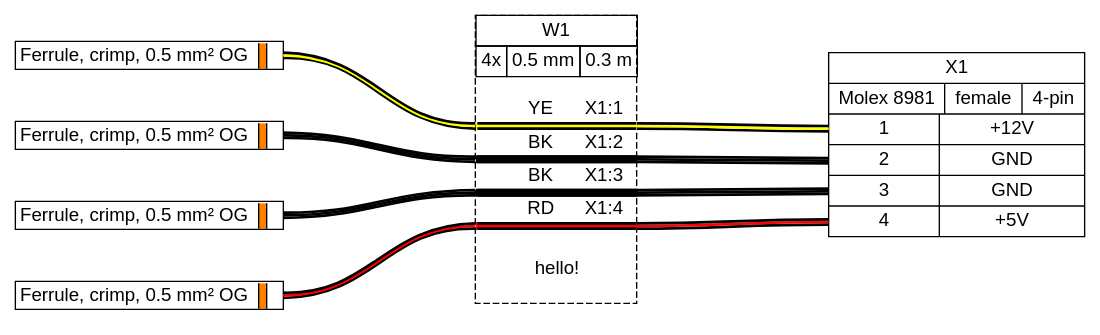
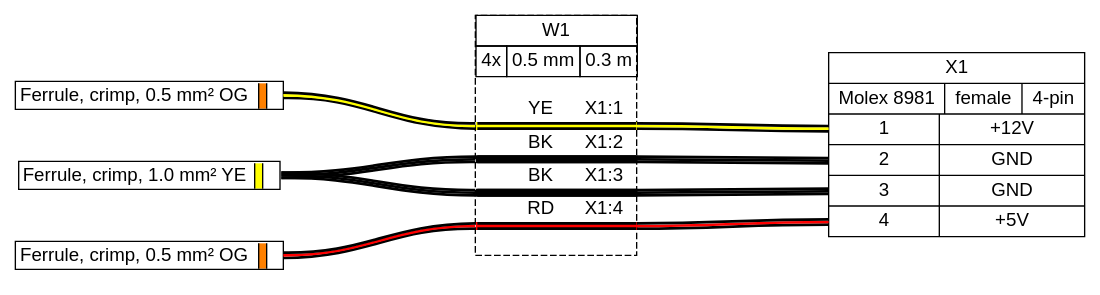
One commit to wireviz/WireViz changed the diagram in tutorial/tutorial06.gv. Above: the diagram before and after it, drawn with Graphviz. The commit also changed 28 other files, not shown here.

```diff
--- a/tutorial/tutorial06.gv
+++ b/tutorial/tutorial06.gv
@@ -1,65 +1,55 @@
 graph {
 // Graph generated by WireViz
 // https://github.com/formatc1702/WireViz
 	graph [bgcolor=white fontname=arial nodesep=0.33 rankdir=LR ranksep=2]
 	node [fillcolor=white fontname=arial shape=record style=filled]
 	edge [fontname=arial style=bold]
 	X1 [label="X1|{Molex 8981|female|4-pin}|{{<p1l>1|<p2l>2|<p3l>3|<p4l>4}|{+12V|GND|GND|+5V}}"]
+	F_10_1 [label=<
+
+                <TABLE BORDER="1" CELLBORDER="0" CELLSPACING="0" CELLPADDING="2"><TR>
+                <TD PORT="p1l"> Ferrule, crimp, 1.0 mm² YE </TD>
+                <TD BGCOLOR="#FFFF00" BORDER="1" SIDES="LR" WIDTH="4"></TD>
+                <TD PORT="p1r">  </TD>
+                </TR></TABLE>
+
+
+                > margin=0 orientation=180 shape=none style=filled]
 	_F1 [label=<
 
                 <TABLE BORDER="1" CELLBORDER="0" CELLSPACING="0" CELLPADDING="2"><TR>
                 <TD PORT="p1l"> Ferrule, crimp, 0.5 mm² OG </TD>
                 <TD BGCOLOR="#FF8000" BORDER="1" SIDES="LR" WIDTH="4"></TD>
                 <TD PORT="p1r">  </TD>
                 </TR></TABLE>
 
 
                 > margin=0 orientation=180 shape=none style=filled]
 	_F2 [label=<
 
                 <TABLE BORDER="1" CELLBORDER="0" CELLSPACING="0" CELLPADDING="2"><TR>
                 <TD PORT="p1l"> Ferrule, crimp, 0.5 mm² OG </TD>
                 <TD BGCOLOR="#FF8000" BORDER="1" SIDES="LR" WIDTH="4"></TD>
                 <TD PORT="p1r">  </TD>
                 </TR></TABLE>
 
 
                 > margin=0 orientation=180 shape=none style=filled]
-	_F3 [label=<
-
-                <TABLE BORDER="1" CELLBORDER="0" CELLSPACING="0" CELLPADDING="2"><TR>
-                <TD PORT="p1l"> Ferrule, crimp, 0.5 mm² OG </TD>
-                <TD BGCOLOR="#FF8000" BORDER="1" SIDES="LR" WIDTH="4"></TD>
-                <TD PORT="p1r">  </TD>
-                </TR></TABLE>
-
-
-                > margin=0 orientation=180 shape=none style=filled]
-	_F4 [label=<
-
-                <TABLE BORDER="1" CELLBORDER="0" CELLSPACING="0" CELLPADDING="2"><TR>
-                <TD PORT="p1l"> Ferrule, crimp, 0.5 mm² OG </TD>
-                <TD BGCOLOR="#FF8000" BORDER="1" SIDES="LR" WIDTH="4"></TD>
-                <TD PORT="p1r">  </TD>
-                </TR></TABLE>
-
-
-                > margin=0 orientation=180 shape=none style=filled]
 	edge [color="#000000:#ffff00:#000000"]
 	_F1:e -- W1:w1:w
-	edge [color="#000000:#000000:#000000"]
-	_F2:e -- W1:w2:w
-	edge [color="#000000:#000000:#000000"]
-	_F3:e -- W1:w3:w
 	edge [color="#000000:#ff0000:#000000"]
-	_F4:e -- W1:w4:w
+	_F2:e -- W1:w4:w
 	edge [color="#000000:#ffff00:#000000"]
 	W1:w1:e -- X1:p1l:w
 	edge [color="#000000:#000000:#000000"]
 	W1:w2:e -- X1:p2l:w
 	edge [color="#000000:#000000:#000000"]
 	W1:w3:e -- X1:p3l:w
 	edge [color="#000000:#ff0000:#000000"]
 	W1:w4:e -- X1:p4l:w
-	W1 [label=<<table border="0" cellspacing="0" cellpadding="0"><tr><td><table border="0" cellspacing="0" cellpadding="3" cellborder="1"><tr><td colspan="3">W1</td></tr><tr><td>4x</td><td>0.5 mm</td><td>0.3 m</td></tr></table></td></tr><tr><td>&nbsp;</td></tr><tr><td><table border="0" cellspacing="0" cellborder="0"><tr><td></td><td>YE</td><td>X1:1</td></tr><tr><td colspan="3" cellpadding="0" height="6" bgcolor="#ffff00" border="2" sides="tb" port="w1"></td></tr><tr><td></td><td>BK</td><td>X1:2</td></tr><tr><td colspan="3" cellpadding="0" height="6" bgcolor="#000000" border="2" sides="tb" port="w2"></td></tr><tr><td></td><td>BK</td><td>X1:3</td></tr><tr><td colspan="3" cellpadding="0" height="6" bgcolor="#000000" border="2" sides="tb" port="w3"></td></tr><tr><td></td><td>RD</td><td>X1:4</td></tr><tr><td colspan="3" cellpadding="0" height="6" bgcolor="#ff0000" border="2" sides="tb" port="w4"></td></tr><tr><td>&nbsp;</td></tr></table></td></tr><tr><td cellpadding="3">hello!</td></tr><tr><td>&nbsp;</td></tr></table>> fillcolor=white margin=0 shape=box style="filled,dashed"]
+	edge [color="#000000:#000000:#000000"]
+	F_10_1:e -- W1:w2:w
+	edge [color="#000000:#000000:#000000"]
+	F_10_1:e -- W1:w3:w
+	W1 [label=<<table border="0" cellspacing="0" cellpadding="0"><tr><td><table border="0" cellspacing="0" cellpadding="3" cellborder="1"><tr><td colspan="3">W1</td></tr><tr><td>4x</td><td>0.5 mm</td><td>0.3 m</td></tr></table></td></tr><tr><td>&nbsp;</td></tr><tr><td><table border="0" cellspacing="0" cellborder="0"><tr><td></td><td>YE</td><td>X1:1</td></tr><tr><td colspan="3" cellpadding="0" height="6" bgcolor="#ffff00" border="2" sides="tb" port="w1"></td></tr><tr><td></td><td>BK</td><td>X1:2</td></tr><tr><td colspan="3" cellpadding="0" height="6" bgcolor="#000000" border="2" sides="tb" port="w2"></td></tr><tr><td></td><td>BK</td><td>X1:3</td></tr><tr><td colspan="3" cellpadding="0" height="6" bgcolor="#000000" border="2" sides="tb" port="w3"></td></tr><tr><td></td><td>RD</td><td>X1:4</td></tr><tr><td colspan="3" cellpadding="0" height="6" bgcolor="#ff0000" border="2" sides="tb" port="w4"></td></tr><tr><td>&nbsp;</td></tr></table></td></tr></table>> fillcolor=white margin=0 shape=box style="filled,dashed"]
 }
```
